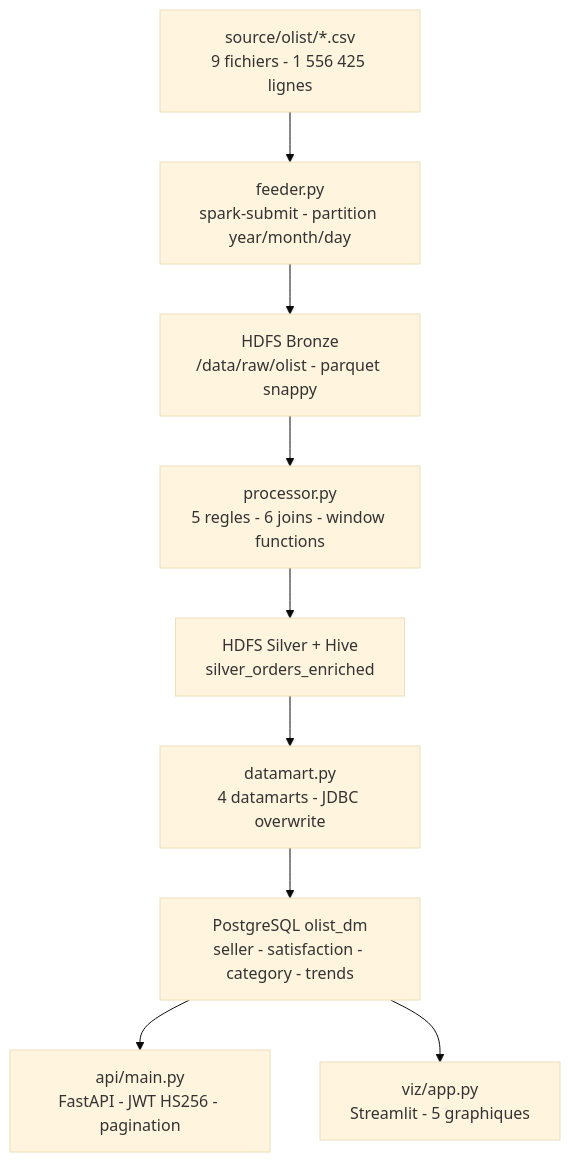
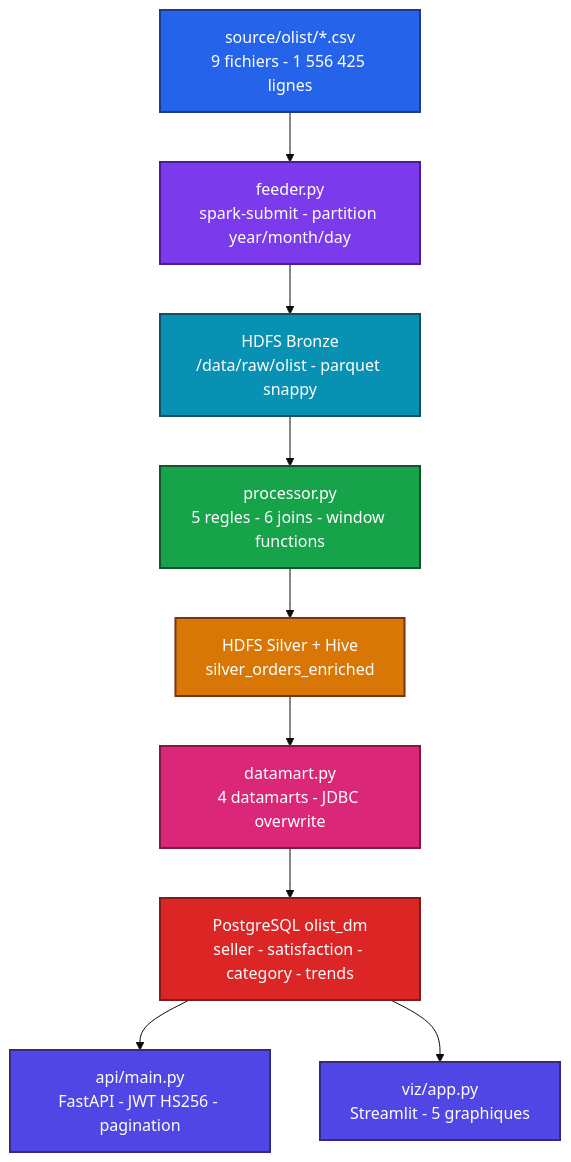
The diagram in README.md (Adam-Blf/projet-bdf-m1-olist), drawn with Mermaid (base theme) before and after one commit.

Commit message:
docs: add colors to mermaid diagrams (#3)
Each node gets a palette class (by subgraph or by flow depth), subgraphs are tinted, non-flowchart diagrams use a colored base theme. Validated by rendering every diagram before and after.

````diff
--- a/README.md
+++ b/README.md
@@ -46,16 +46,33 @@
 ```mermaid
 flowchart TB
     SRC["source/olist/*.csv<br/>9 fichiers - 1 556 425 lignes"]
     FEED["feeder.py<br/>spark-submit - partition year/month/day"]
     BRONZE["HDFS Bronze<br/>/data/raw/olist - parquet snappy"]
     PROC["processor.py<br/>5 regles - 6 joins - window functions"]
     SILVER["HDFS Silver + Hive<br/>silver_orders_enriched"]
     MART["datamart.py<br/>4 datamarts - JDBC overwrite"]
     GOLD["PostgreSQL olist_dm<br/>seller - satisfaction - category - trends"]
     API["api/main.py<br/>FastAPI - JWT HS256 - pagination"]
     VIZ["viz/app.py<br/>Streamlit - 5 graphiques"]
 
     SRC --> FEED --> BRONZE --> PROC --> SILVER --> MART --> GOLD
     GOLD --> API
     GOLD --> VIZ
+
+    classDef c0 fill:#2563eb,stroke:#1e3a8a,stroke-width:2px,color:#ffffff
+    classDef c1 fill:#7c3aed,stroke:#4c1d95,stroke-width:2px,color:#ffffff
+    classDef c2 fill:#0891b2,stroke:#164e63,stroke-width:2px,color:#ffffff
+    classDef c3 fill:#16a34a,stroke:#14532d,stroke-width:2px,color:#ffffff
+    classDef c4 fill:#d97706,stroke:#78350f,stroke-width:2px,color:#ffffff
+    classDef c5 fill:#db2777,stroke:#831843,stroke-width:2px,color:#ffffff
+    classDef c6 fill:#dc2626,stroke:#7f1d1d,stroke-width:2px,color:#ffffff
+    classDef c7 fill:#4f46e5,stroke:#312e81,stroke-width:2px,color:#ffffff
+    class SRC c0
+    class FEED c1
+    class BRONZE c2
+    class PROC c3
+    class SILVER c4
+    class MART c5
+    class GOLD c6
+    class API,VIZ c7
 ```
````
